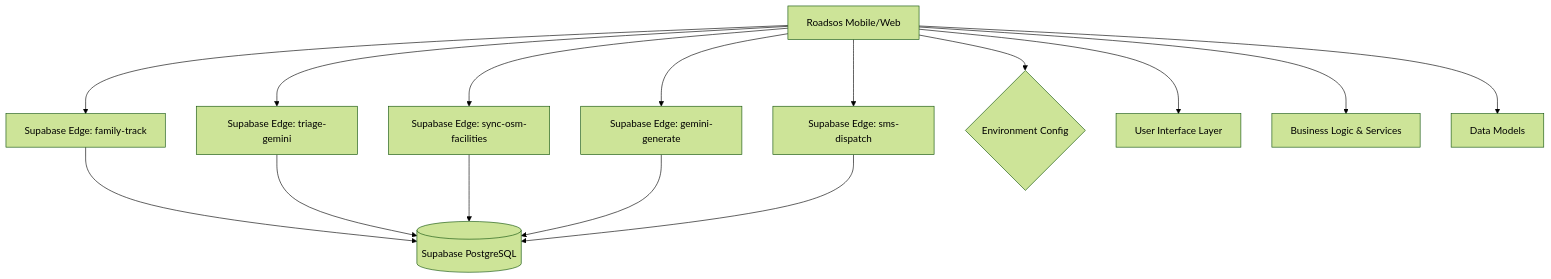
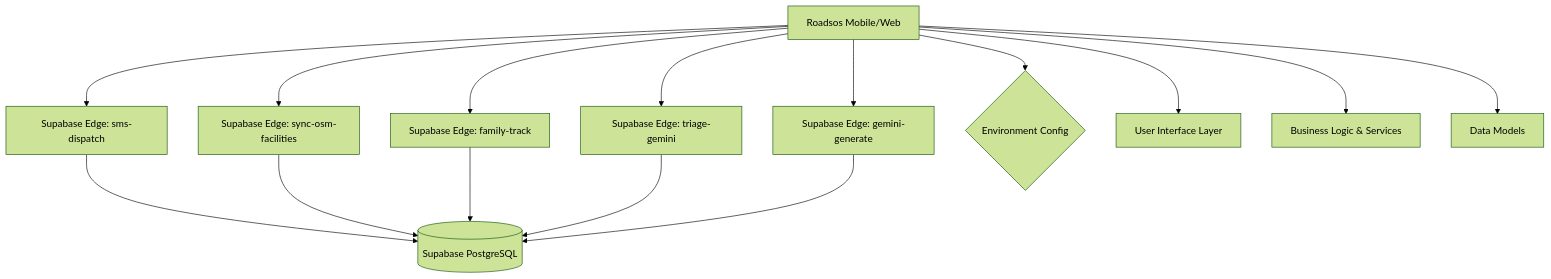
Before and after one commit to NITISH-R-G/RoadSOS: the first of 2 diagrams in docs/architecture/architecture.md, drawn with Mermaid (forest theme). The commit also changed other lines of this file and 2 other files, not shown here.

Commit message:
docs: auto-update architecture, diagrams, and README

````diff
--- a/docs/architecture/architecture.md
+++ b/docs/architecture/architecture.md
@@ -5,18 +5,18 @@
 ```mermaid
 graph TD
     Client[Roadsos Mobile/Web] 
+    Client --> Function_sms_dispatch[Supabase Edge: sms-dispatch]
+    Function_sms_dispatch --> SupabaseDB[(Supabase PostgreSQL)]
+    Client --> Function_sync_osm_facilities[Supabase Edge: sync-osm-facilities]
+    Function_sync_osm_facilities --> SupabaseDB[(Supabase PostgreSQL)]
     Client --> Function_family_track[Supabase Edge: family-track]
     Function_family_track --> SupabaseDB[(Supabase PostgreSQL)]
     Client --> Function_triage_gemini[Supabase Edge: triage-gemini]
     Function_triage_gemini --> SupabaseDB[(Supabase PostgreSQL)]
-    Client --> Function_sync_osm_facilities[Supabase Edge: sync-osm-facilities]
-    Function_sync_osm_facilities --> SupabaseDB[(Supabase PostgreSQL)]
     Client --> Function_gemini_generate[Supabase Edge: gemini-generate]
     Function_gemini_generate --> SupabaseDB[(Supabase PostgreSQL)]
-    Client --> Function_sms_dispatch[Supabase Edge: sms-dispatch]
-    Function_sms_dispatch --> SupabaseDB[(Supabase PostgreSQL)]
     Client --> EnvVars{Environment Config}
     Client --> UI[User Interface Layer]
     Client --> Services[Business Logic & Services]
     Client --> Models[Data Models]
 ```
````
